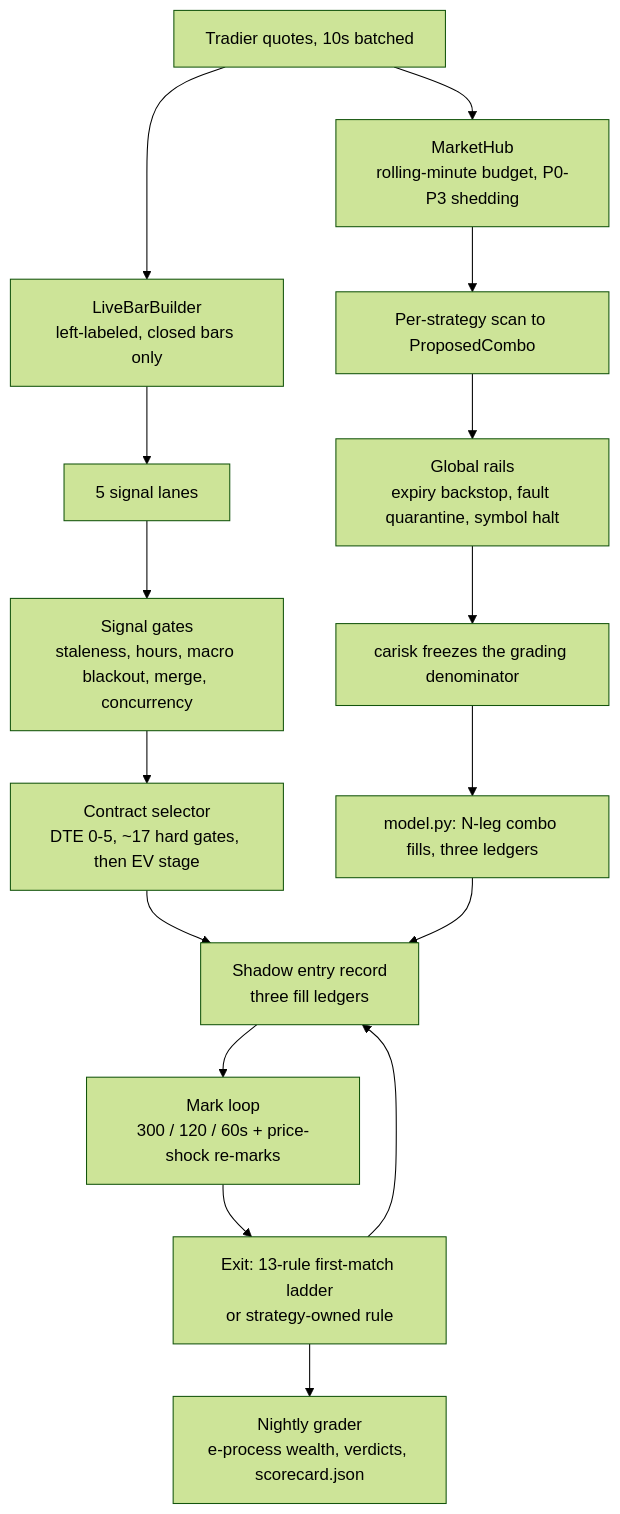
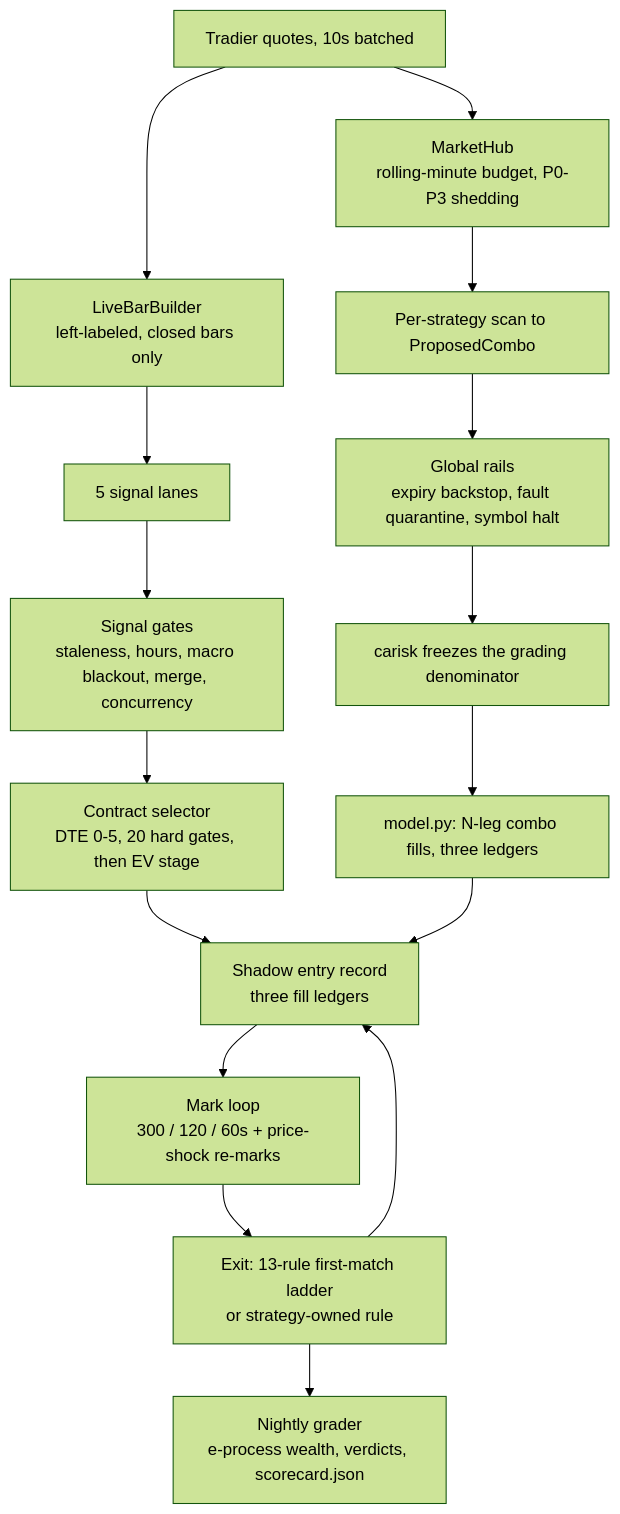
The diagram in README.md (csnyder256/shadow-options-trading-lab), drawn with Mermaid (forest theme) before and after one commit. The commit also changed other lines of this file and 33 other files, not shown here.

````diff
--- a/README.md
+++ b/README.md
@@ -84,21 +85,21 @@
 ```mermaid
 flowchart TD
     T[Tradier quotes, 10s batched] --> B[LiveBarBuilder<br/>left-labeled, closed bars only]
     T --> H[MarketHub<br/>rolling-minute budget, P0-P3 shedding]
 
     B --> L[5 signal lanes]
     L --> G[Signal gates<br/>staleness, hours, macro blackout, merge, concurrency]
-    G --> S[Contract selector<br/>DTE 0-5, ~17 hard gates, then EV stage]
+    G --> S[Contract selector<br/>DTE 0-5, 20 hard gates, then EV stage]
     S --> E[Shadow entry record<br/>three fill ledgers]
 
     H --> P[Per-strategy scan to ProposedCombo]
     P --> R[Global rails<br/>expiry backstop, fault quarantine, symbol halt]
     R --> C[carisk freezes the grading denominator]
     C --> M[model.py: N-leg combo fills, three ledgers]
     M --> E
 
     E --> K[Mark loop<br/>300 / 120 / 60s + price-shock re-marks]
     K --> X[Exit: 13-rule first-match ladder<br/>or strategy-owned rule]
     X --> E
     X --> N[Nightly grader<br/>e-process wealth, verdicts, scorecard.json]
 ```
````
